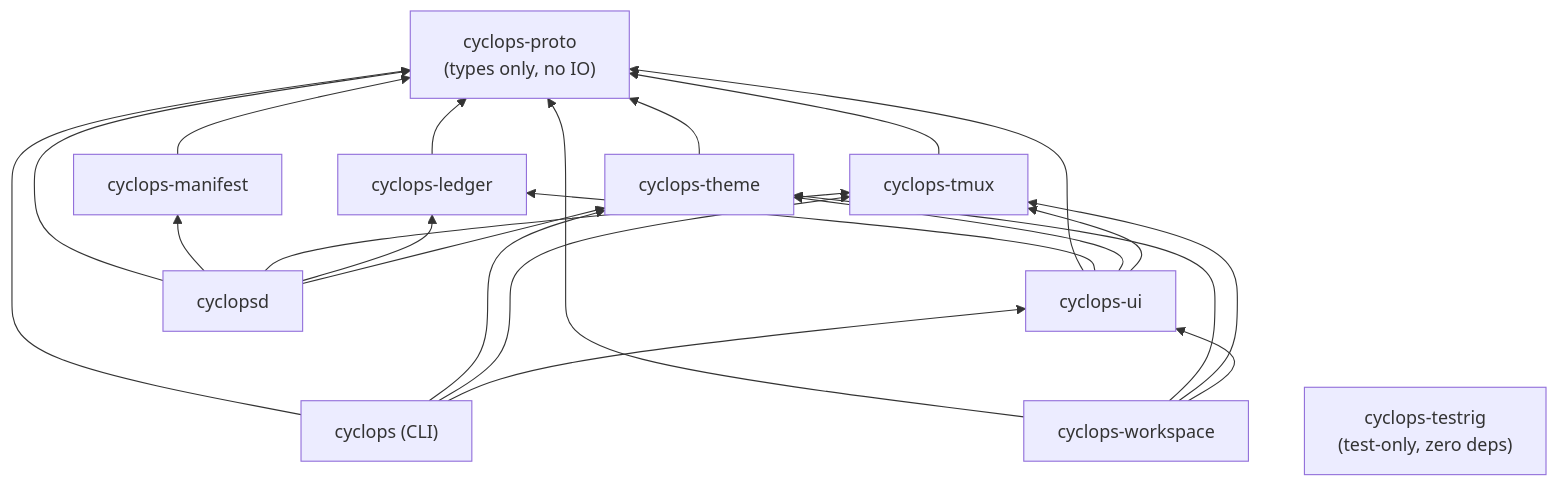
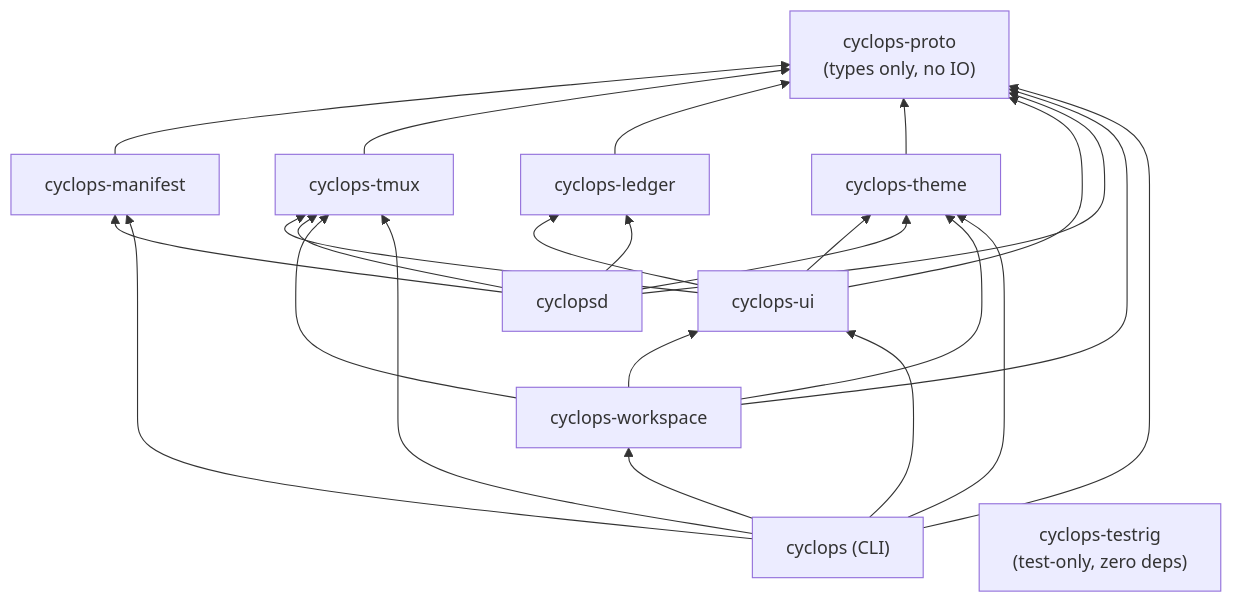
One commit to cyclops-team/cyclops changed the second of 2 diagrams in .agents/summary/architecture.md. Above: the diagram before and after it, drawn with Mermaid. The commit also changed other lines of this file and 9 other files, not shown here.

````diff
--- a/.agents/summary/architecture.md
+++ b/.agents/summary/architecture.md
@@ -52,26 +56,28 @@
 ```mermaid
 graph BT
     proto["cyclops-proto<br/>(types only, no IO)"]
     manifest["cyclops-manifest"] --> proto
     tmux["cyclops-tmux"] --> proto
     ledger["cyclops-ledger"] --> proto
     theme["cyclops-theme"] --> proto
     ui["cyclops-ui"] --> proto
     ui --> ledger
     ui --> theme
     ui --> tmux
     daemon["cyclopsd"] --> proto
     daemon --> manifest
     daemon --> tmux
     daemon --> ledger
     daemon --> theme
-    cli["cyclops (CLI)"] --> proto
-    cli --> theme
-    cli --> tmux
-    cli --> ui
     workspace["cyclops-workspace"] --> proto
     workspace --> theme
     workspace --> tmux
     workspace --> ui
+    cli["cyclops (CLI)"] --> proto
+    cli --> manifest
+    cli --> theme
+    cli --> tmux
+    cli --> ui
+    cli --> workspace
     testrig["cyclops-testrig<br/>(test-only, zero deps)"]
 ```
````
